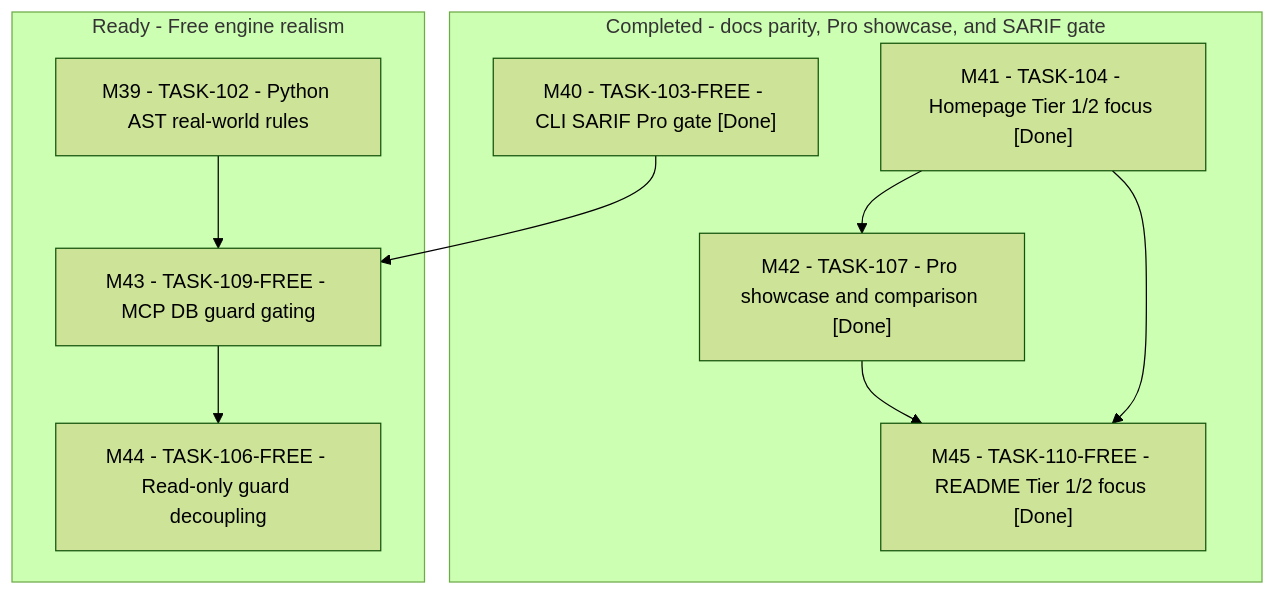
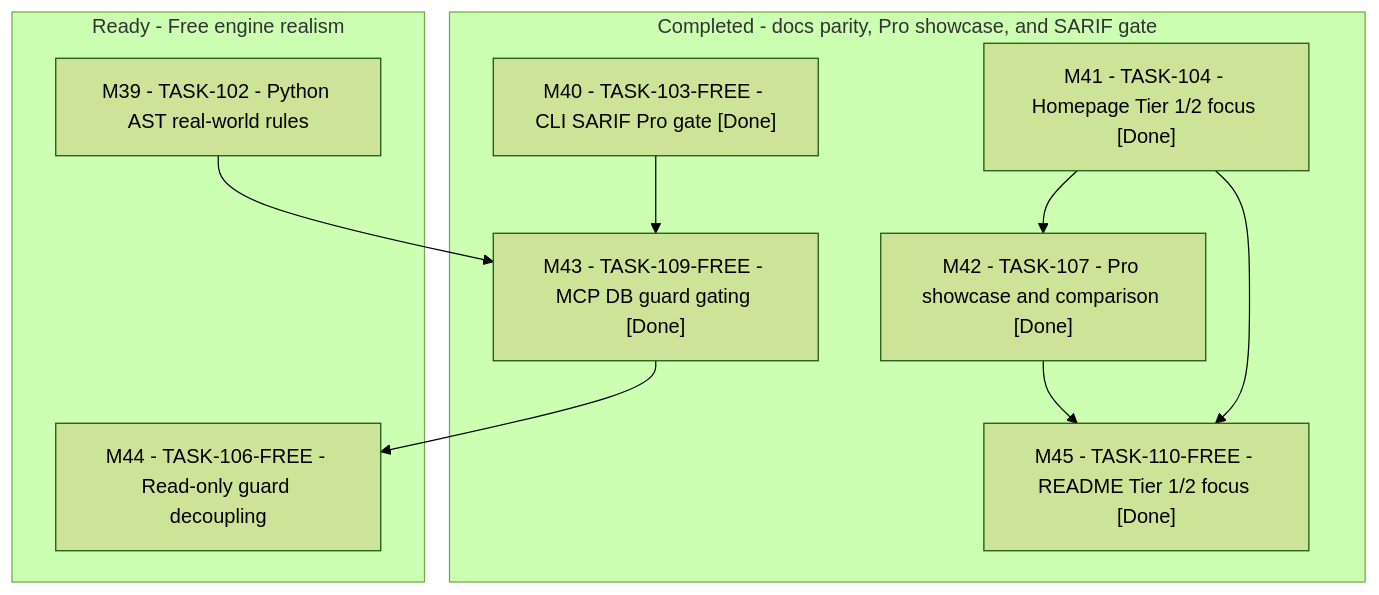
Before and after one commit to JMartynov/verityredteam-free: the diagram in docs/reports/FEATURE_REALISM_ACTION_PLAN_AND_TASKS.md, drawn with Mermaid (forest theme). The commit also changed other lines of this file and 3 other files, not shown here.

Commit message:
docs(M43): update action plan, task spec, README, and Pro showcase for database guard Pro gating

```diff
--- a/docs/reports/FEATURE_REALISM_ACTION_PLAN_AND_TASKS.md
+++ b/docs/reports/FEATURE_REALISM_ACTION_PLAN_AND_TASKS.md
@@ -28,22 +28,22 @@
 ~~~mermaid
 flowchart TD
   subgraph Completed["Completed - docs parity, Pro showcase, and SARIF gate"]
     M40["M40 - TASK-103-FREE - CLI SARIF Pro gate [Done]"]
     M41["M41 - TASK-104 - Homepage Tier 1/2 focus [Done]"]
     M42["M42 - TASK-107 - Pro showcase and comparison [Done]"]
+    M43["M43 - TASK-109-FREE - MCP DB guard gating [Done]"]
     M45["M45 - TASK-110-FREE - README Tier 1/2 focus [Done]"]
   end
   subgraph Ready["Ready - Free engine realism"]
     M39["M39 - TASK-102 - Python AST real-world rules"]
-    M43["M43 - TASK-109-FREE - MCP DB guard gating"]
     M44["M44 - TASK-106-FREE - Read-only guard decoupling"]
   end
 
   M41 --> M42
   M42 --> M45
   M41 --> M45
 
   M39 --> M43
   M40 --> M43
   M43 --> M44
 ~~~
```
